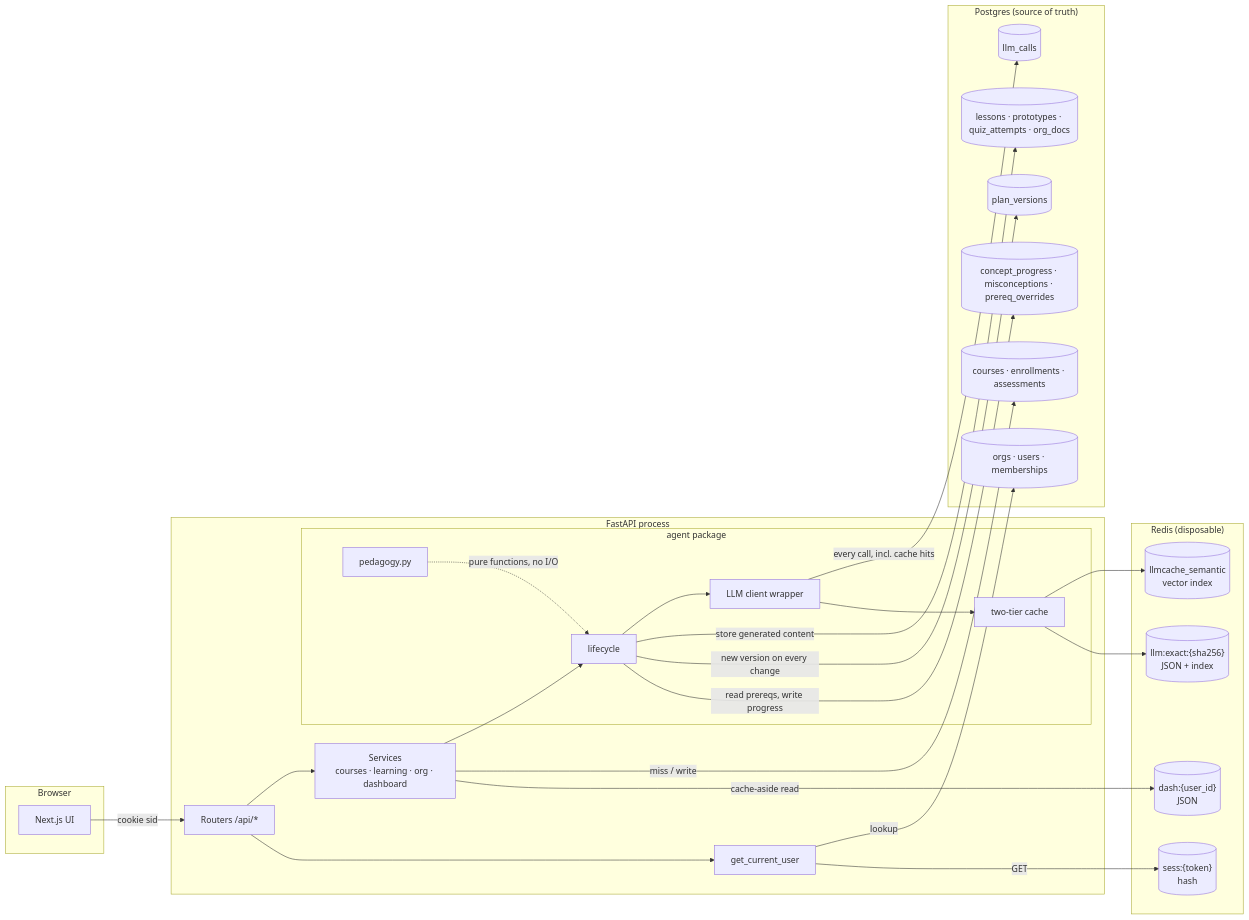
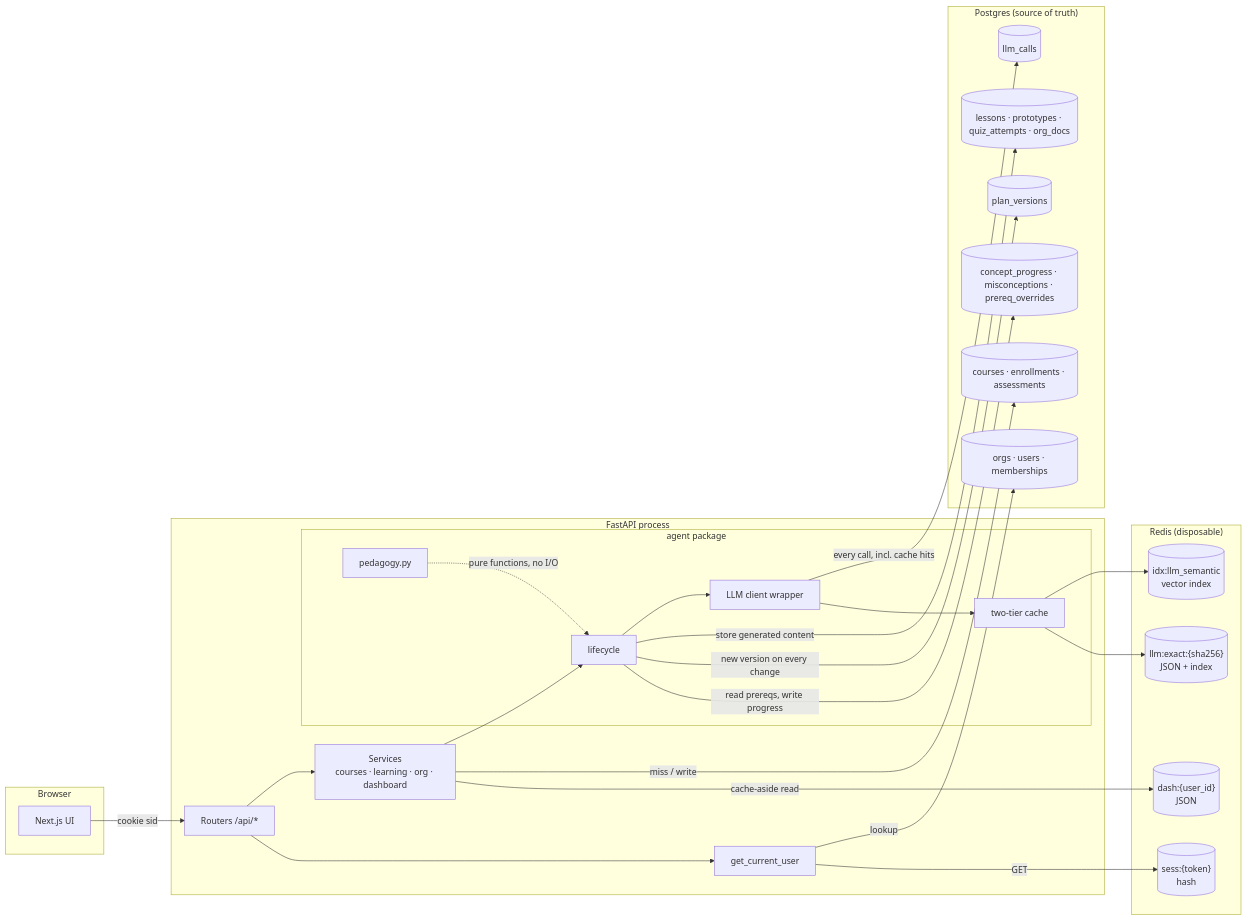
Before and after one commit to kenkyl/instructor-gadget: the first of 3 diagrams in docs/data-model.md, drawn with Mermaid. The commit also changed other lines of this file and 7 other files, not shown here.

First line of the commit message:
fix(redis): idx:-prefixed index names; tests never FLUSHDB; guard fails open

````diff
--- a/docs/data-model.md
+++ b/docs/data-model.md
@@ -37,46 +37,46 @@
 ```mermaid
 flowchart LR
   subgraph Browser
     UI["Next.js UI"]
   end
   subgraph API["FastAPI process"]
     R["Routers /api/*"]
     AUTH["get_current_user"]
     SVC["Services<br/>courses · learning · org · dashboard"]
     subgraph AGENT["agent package"]
       LC["lifecycle"]
       PED["pedagogy.py"]
       LLM["LLM client wrapper"]
       CACHE["two-tier cache"]
     end
   end
   subgraph PG["Postgres (source of truth)"]
     ID[("orgs · users · memberships")]
     CRS[("courses · enrollments · assessments")]
     PLAN[("plan_versions")]
     LM[("concept_progress · misconceptions · prereq_overrides")]
     CNT[("lessons · prototypes · quiz_attempts · org_docs")]
     OBS[("llm_calls")]
   end
   subgraph RD["Redis (disposable)"]
     SESS[("sess:{token}<br/>hash")]
     DASH[("dash:{user_id}<br/>JSON")]
     EX[("llm:exact:{sha256}<br/>JSON + index")]
-    SEM[("llmcache_semantic<br/>vector index")]
+    SEM[("idx:llm_semantic<br/>vector index")]
   end
 
   UI -->|cookie sid| R --> AUTH -->|GET| SESS
   AUTH -->|lookup| ID
   R --> SVC
   SVC -->|cache-aside read| DASH
   SVC -->|miss / write| CRS
   SVC --> LC
   LC -->|read prereqs, write progress| LM
   LC -->|new version on every change| PLAN
   LC -->|store generated content| CNT
   PED -.->|pure functions, no I/O| LC
   LC --> LLM --> CACHE
   CACHE --> EX
   CACHE --> SEM
   LLM -->|every call, incl. cache hits| OBS
 ```
````
